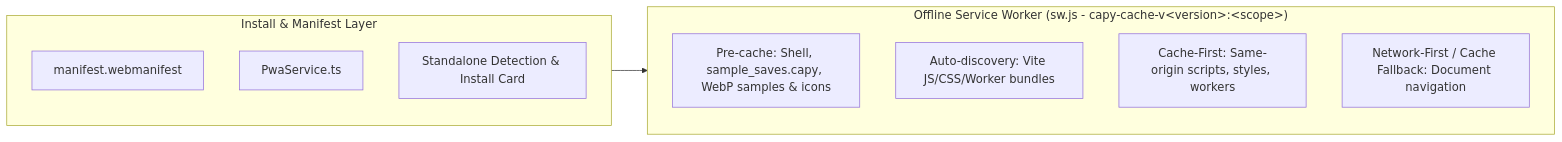
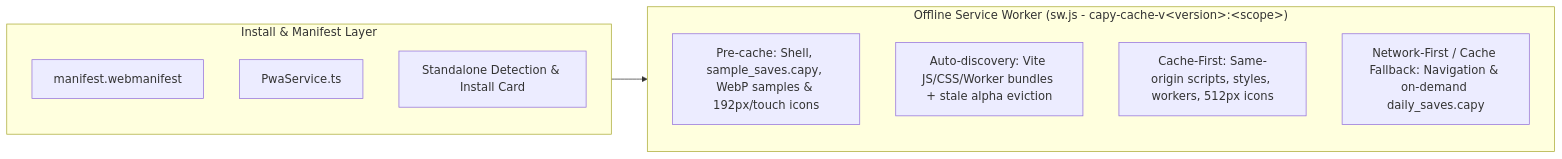
One commit to shthed/capy changed the third of 3 diagrams in WEB.md. Above: the diagram before and after it, drawn with Mermaid. The commit also changed other lines of this file and 12 other files, not shown here.

````diff
--- a/WEB.md
+++ b/WEB.md
@@ -413,15 +415,15 @@
 ```mermaid
 flowchart LR
   subgraph ManifestLayer["Install & Manifest Layer"]
     M["manifest.webmanifest"]
     P["PwaService.ts"]
     S["Standalone Detection & Install Card"]
   end
   subgraph ServiceWorker["Offline Service Worker (sw.js - capy-cache-v&lt;version&gt;:&lt;scope&gt;)"]
-    Pre["Pre-cache: Shell, sample_saves.capy, WebP samples & icons"]
-    Auto["Auto-discovery: Vite JS/CSS/Worker bundles"]
-    Static["Cache-First: Same-origin scripts, styles, workers"]
-    Doc["Network-First / Cache Fallback: Document navigation"]
+    Pre["Pre-cache: Shell, sample_saves.capy, WebP samples & 192px/touch icons"]
+    Auto["Auto-discovery: Vite JS/CSS/Worker bundles + stale alpha eviction"]
+    Static["Cache-First: Same-origin scripts, styles, workers, 512px icons"]
+    Doc["Network-First / Cache Fallback: Navigation & on-demand daily_saves.capy"]
   end
   ManifestLayer --> ServiceWorker
 ```
````
